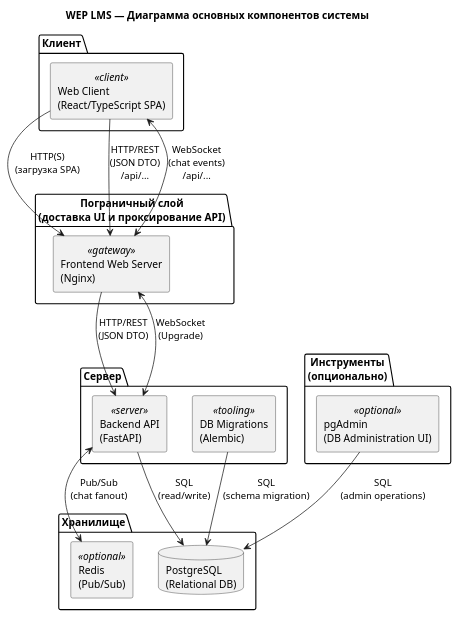
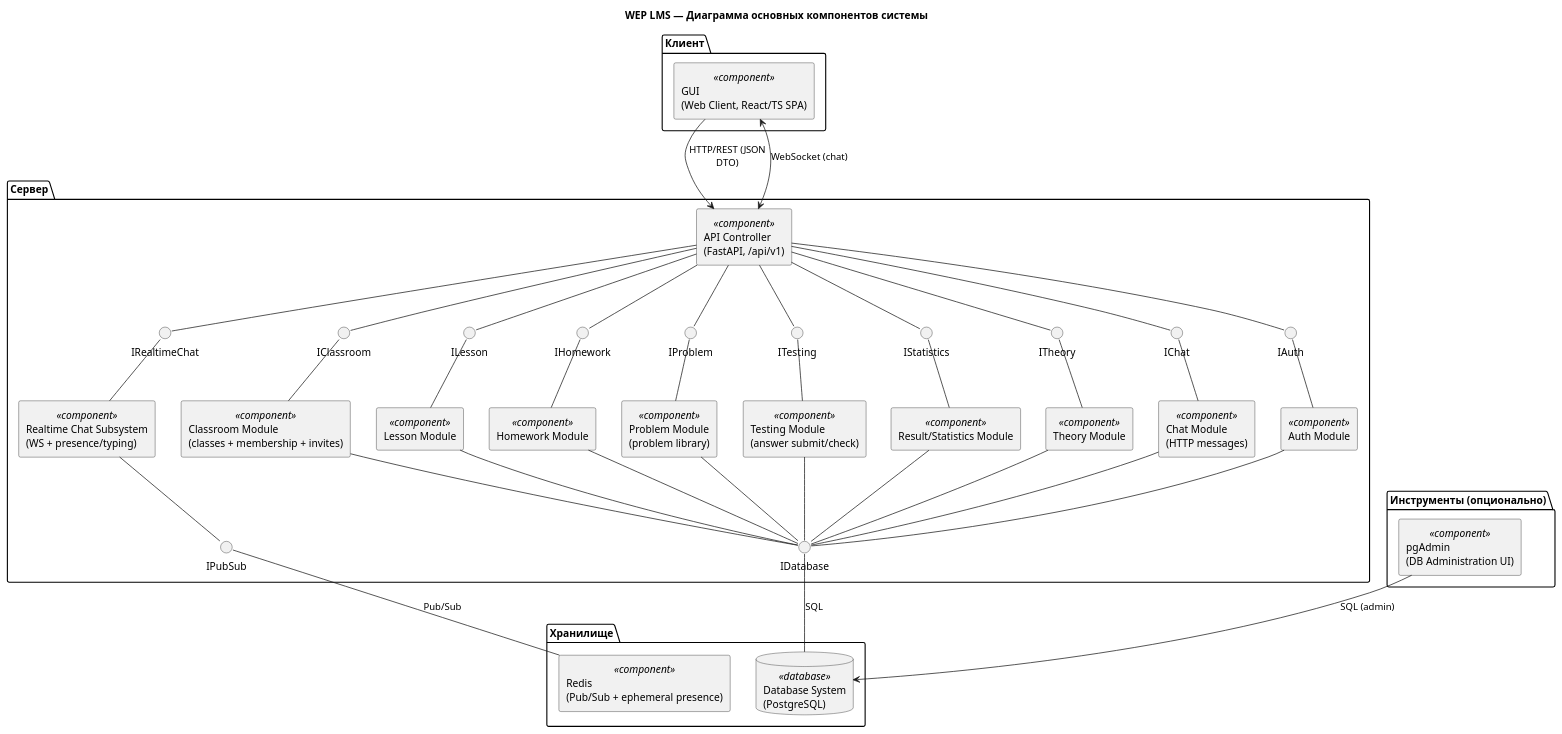
Before and after one commit to Kirill555dg/wep-education-platform: the diagram in docs/diagrams/component-diagram.puml, drawn with PlantUML. The commit also changed 1 other file, not shown here.

Commit message:
docs: refine component diagram to MVP modules (no deployment/tooling)

```diff
--- a/docs/diagrams/component-diagram.puml
+++ b/docs/diagrams/component-diagram.puml
@@ -1,48 +1,95 @@
 @startuml
 title WEP LMS — Диаграмма основных компонентов системы
 
 skinparam componentStyle rectangle
 skinparam shadowing false
 skinparam wrapWidth 240
 skinparam maxMessageSize 120
 
 package "Клиент" as client {
-  component "Web Client\n(React/TypeScript SPA)" as FE <<client>>
-}
-
-package "Пограничный слой\n(доставка UI и проксирование API)" as edge {
-  component "Frontend Web Server\n(Nginx)" as NGINX <<gateway>>
+  component "GUI\n(Web Client, React/TS SPA)" as GUI <<component>>
 }
 
 package "Сервер" as server {
-  component "Backend API\n(FastAPI)" as BE <<server>>
-  component "DB Migrations\n(Alembic)" as ALEMBIC <<tooling>>
+  component "API Controller\n(FastAPI, /api/v1)" as API <<component>>
+
+  component "Auth Module" as AUTH <<component>>
+  component "Classroom Module\n(classes + membership + invites)" as CLASSROOM <<component>>
+  component "Lesson Module" as LESSON <<component>>
+  component "Homework Module" as HOMEWORK <<component>>
+  component "Problem Module\n(problem library)" as PROBLEM <<component>>
+  component "Testing Module\n(answer submit/check)" as TESTING <<component>>
+  component "Result/Statistics Module" as STATS <<component>>
+  component "Theory Module" as THEORY <<component>>
+  component "Chat Module\n(HTTP messages)" as CHAT <<component>>
+  component "Realtime Chat Subsystem\n(WS + presence/typing)" as REALTIME <<component>>
+
+  () "IAuth" as IAuth
+  () "IClassroom" as IClassroom
+  () "ILesson" as ILesson
+  () "IHomework" as IHomework
+  () "IProblem" as IProblem
+  () "ITesting" as ITesting
+  () "IStatistics" as IStatistics
+  () "ITheory" as ITheory
+  () "IChat" as IChat
+  () "IRealtimeChat" as IRealtimeChat
+  () "IDatabase" as IDatabase
+  () "IPubSub" as IPubSub
 }
 
 package "Хранилище" as storage {
-  database "PostgreSQL\n(Relational DB)" as PG
-  component "Redis\n(Pub/Sub)" as REDIS <<optional>>
+  database "Database System\n(PostgreSQL)" as DB <<database>>
+  component "Redis\n(Pub/Sub + ephemeral presence)" as REDIS <<component>>
 }
 
-package "Инструменты\n(опционально)" as tools {
-  component "pgAdmin\n(DB Administration UI)" as PGADMIN <<optional>>
+package "Инструменты (опционально)" as tools {
+  component "pgAdmin\n(DB Administration UI)" as PGADMIN <<component>>
 }
 
-' Client access to UI and API via frontend web server
-FE --> NGINX : HTTP(S)\n(загрузка SPA)
-FE --> NGINX : HTTP/REST\n(JSON DTO)\n/api/...
-FE <--> NGINX : WebSocket\n(chat events)\n/api/...
+' Client ↔ Server (client–server interaction model)
+GUI --> API : HTTP/REST (JSON DTO)
+GUI <--> API : WebSocket (chat)
 
-' Nginx proxies API and WebSocket traffic to backend
-NGINX --> BE : HTTP/REST\n(JSON DTO)
-NGINX <--> BE : WebSocket\n(Upgrade)
+' API Controller uses domain modules through provided interfaces
+API -- IAuth
+API -- IClassroom
+API -- ILesson
+API -- IHomework
+API -- IProblem
+API -- ITesting
+API -- IStatistics
+API -- ITheory
+API -- IChat
+API -- IRealtimeChat
 
-' Backend persistence and realtime infrastructure
-BE --> PG : SQL\n(read/write)
-BE <--> REDIS : Pub/Sub\n(chat fanout)
+IAuth -- AUTH
+IClassroom -- CLASSROOM
+ILesson -- LESSON
+IHomework -- HOMEWORK
+IProblem -- PROBLEM
+ITesting -- TESTING
+IStatistics -- STATS
+ITheory -- THEORY
+IChat -- CHAT
+IRealtimeChat -- REALTIME
 
-' Tooling interactions (present in repository configuration)
-ALEMBIC --> PG : SQL\n(schema migration)
-PGADMIN --> PG : SQL\n(admin operations)
+' Data persistence and realtime infrastructure
+AUTH -- IDatabase
+CLASSROOM -- IDatabase
+LESSON -- IDatabase
+HOMEWORK -- IDatabase
+PROBLEM -- IDatabase
+TESTING -- IDatabase
+STATS -- IDatabase
+THEORY -- IDatabase
+CHAT -- IDatabase
+
+REALTIME -- IPubSub
+
+IDatabase -- DB : SQL
+IPubSub -- REDIS : Pub/Sub
+
+PGADMIN --> DB : SQL (admin)
 
 @enduml
```
